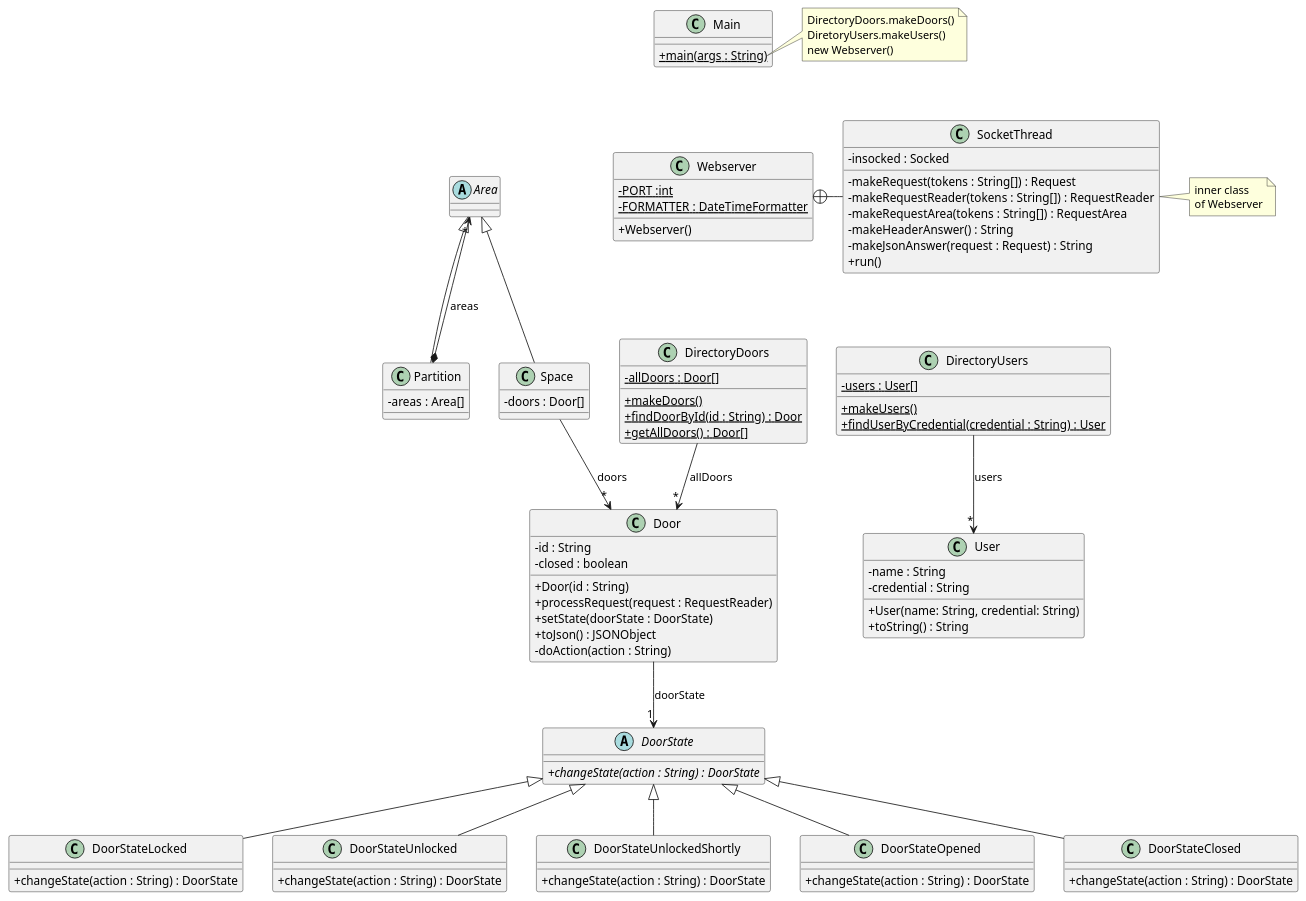
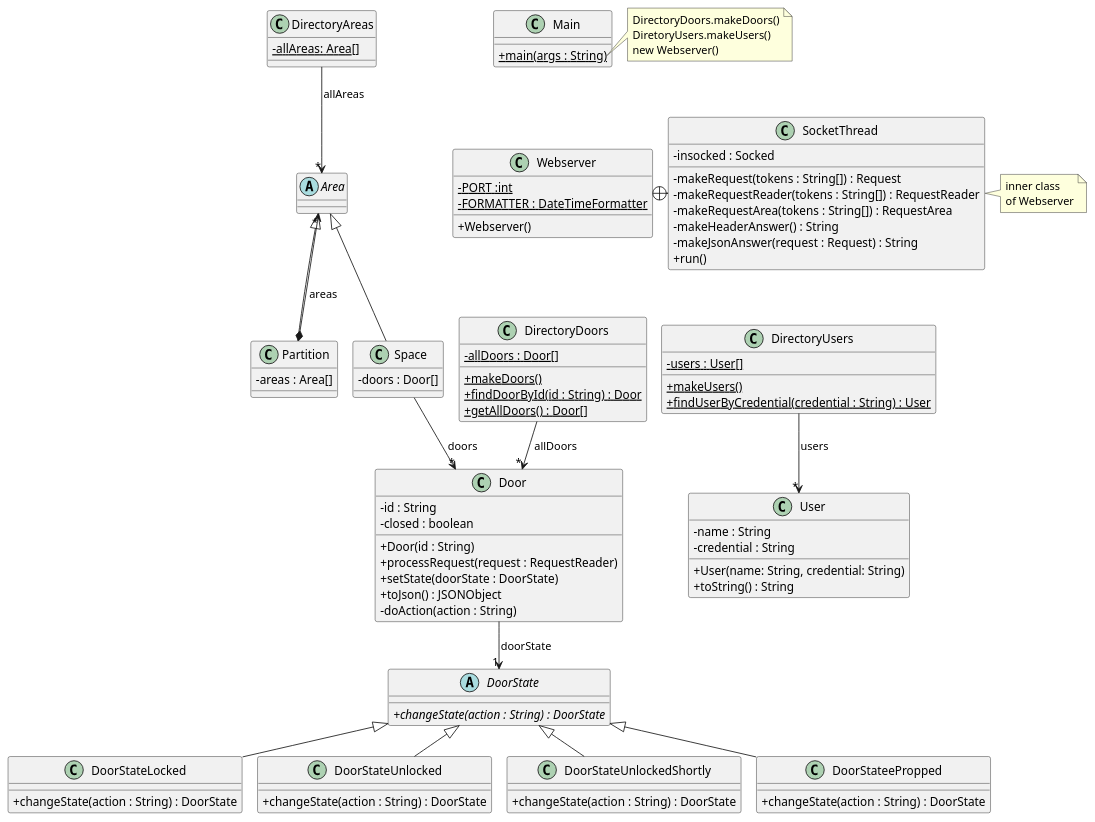
Before and after one commit to cantepoler/acs_uab: the diagram in src/baseNoStates/uml/base_no_states.puml, drawn with PlantUML. The commit also changed 4 other files, not shown here.

```diff
--- a/src/baseNoStates/uml/base_no_states.puml
+++ b/src/baseNoStates/uml/base_no_states.puml
@@ -1,121 +1,125 @@
 @startuml
 'https://plantuml.com/class-diagram
 skinparam classAttributeIconSize 0
+!pragma layout smetana
 
 class Webserver {
 - {static} PORT :int
 - {static} FORMATTER : DateTimeFormatter
 + Webserver()
 }
 
 class SocketThread {
 - insocked : Socked
 - makeRequest(tokens : String[]) : Request
 - makeRequestReader(tokens : String[]) : RequestReader
 - makeRequestArea(tokens : String[]) : RequestArea
 - makeHeaderAnswer() : String
 - makeJsonAnswer(request : Request) : String
 + run()
 }
 
 Webserver +-right- SocketThread
 
 note right of SocketThread
 inner class
 of Webserver
 end note
+
+class DirectoryAreas
+{
+{static}-allAreas: Area[]
+}
+
+DirectoryAreas --> "*" Area : "allAreas"
 
 class DirectoryDoors {
 - {static} allDoors : Door[]
 + {static} makeDoors()
 + {static} findDoorById(id : String) : Door
 + {static} getAllDoors() : Door[]
 }
 
 DirectoryDoors --> "*" Door : "allDoors"
 
 class DirectoryUsers {
 - {static} users : User[]
 + {static} makeUsers()
 + {static} findUserByCredential(credential : String) : User
 }
 
 DirectoryUsers --> "*" User : "users"
 
 class Door {
 - id : String
 - closed : boolean
 + Door(id : String)
 + processRequest(request : RequestReader)
 + setState(doorState : DoorState)
 + toJson() : JSONObject
 '+ toString() : String
 '+ isClosed() :boolean
 '+ setClosed(b : boolean)
 '+ getStateName() : String
 - doAction(action : String)
 
 }
 
 
 class User {
 - name : String
 - credential : String
 + User(name: String, credential: String)
 + toString() : String
 }
 
 
 class Main {
 + {static} main(args : String)
 }
 
 abstract DoorState{
 {abstract}+ changeState(action : String) : DoorState
 }
 
 class DoorStateLocked extends DoorState{
 + changeState(action : String) : DoorState
 }
 
 class DoorStateUnlocked extends DoorState{
 + changeState(action : String) : DoorState
 }
 
 class DoorStateUnlockedShortly extends DoorState{
 + changeState(action : String) : DoorState
 }
 
-class DoorStateOpened extends DoorState{
-+ changeState(action : String) : DoorState
-}
-
-class DoorStateClosed extends DoorState{
+class DoorStateePropped extends DoorState{
 + changeState(action : String) : DoorState
 }
 
 abstract Area{
 
 }
 
 class Space extends Area{
 - doors : Door[]
 }
 
 class Partition extends Area{
 - areas : Area[]
 }
 
 note right of Main::main
 DirectoryDoors.makeDoors()
 DiretoryUsers.makeUsers()
 new Webserver()
 end note
 
 Main -[hidden]down- Webserver
 Webserver -[hidden]down- DirectoryDoors
 DirectoryDoors -[hidden]right- DirectoryUsers
 Door -->"1" DoorState : doorState
 Partition *-->"*" Area : areas
 Space -->"*" Door : doors
 @enduml
```
